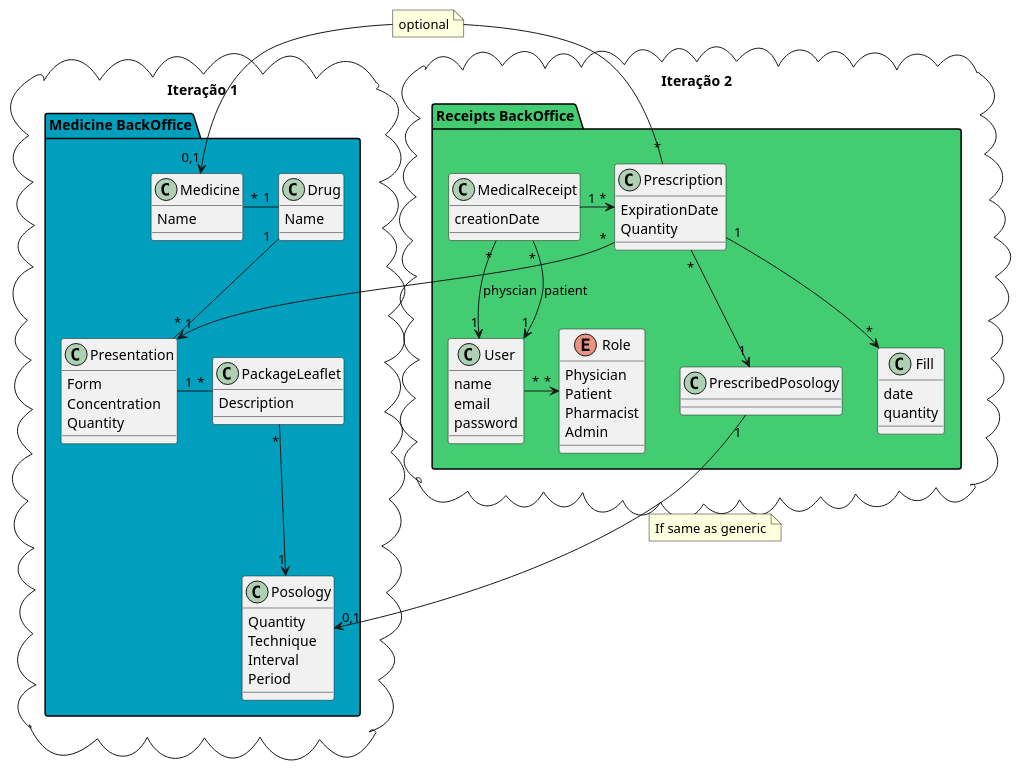
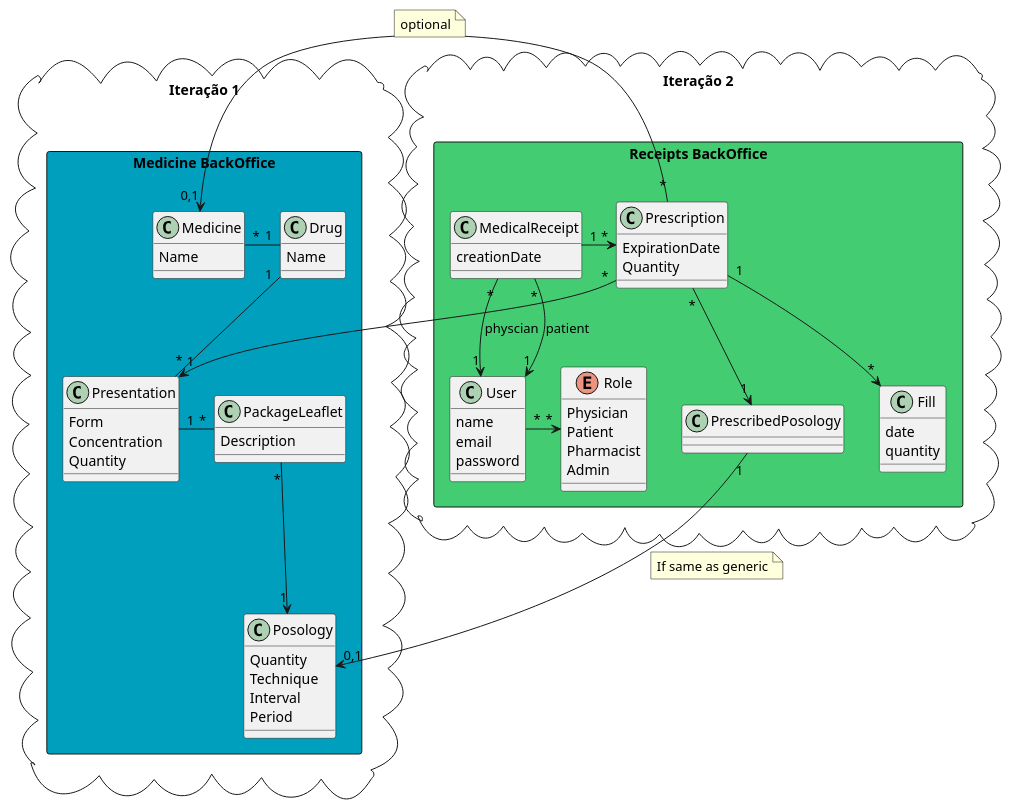
One commit to danieljfgoncalves/arqsi2017-3da-1151159-1151452 changed the diagram in documentation/it2_domain_model.puml. Above: the diagram before and after it, drawn with PlantUML. The commit also changed 24 other files, not shown here.

```diff
--- a/documentation/it2_domain_model.puml
+++ b/documentation/it2_domain_model.puml
@@ -1,80 +1,80 @@
 @startuml "dm_it2_global"
 
 ' ### [ITERAÇÃO 1] ###
-package "Iteração 1" <<cloud>> {
-    package "Medicine BackOffice" #009FBD {
+package "Iteração 1\n" <<cloud>> {
+    package "Medicine BackOffice"  <<rectangle>> #009FBD {
 
         class Medicine {
             Name
         }
         class Drug {
             Name
         }
         class Presentation {
             Form
             Concentration
             Quantity
         }
         class Posology {
             Quantity
             Technique
             Interval
             Period
         }
         class PackageLeaflet {
             Description
         }
     }
 }
 
 ' ### [ITERAÇÃO 2] ###
-package "Iteração 2" <<cloud>> {
-    package "Receipts BackOffice" #43CC72 {
+package "Iteração 2\n" <<cloud>> {
+    package "Receipts BackOffice" <<rectangle>> #43CC72 {
 
         class User {
             name
             email
             password
         }
         enum Role {
             Physician
             Patient
             Pharmacist
             Admin
         }
         class Prescription {
             ExpirationDate
             Quantity
         }
         class MedicalReceipt {
             creationDate
         }
         class PrescribedPosology
         class Fill {
             date
             quantity
         }
     }
 }
 
 ' ### [NOTES] ###
 
 ' ### [RELATIONS] ###
 MedicalReceipt "*" --> "1" User : physcian
 MedicalReceipt "*" --> "1" User : patient
 User "*" -> "*" Role
 MedicalReceipt "1" -> "*" Prescription
 Prescription "*" --> "1" Presentation
 Medicine "*" - "1" Drug
 Drug "1" -- "*" Presentation
 Prescription "*" -> "0,1" Medicine
 note on link: optional
 
 Prescription "1" --> "*" Fill
 Prescription "*" --> "1" PrescribedPosology
 Presentation "1" - "*" PackageLeaflet
 PackageLeaflet "*" --> "1" Posology
 PrescribedPosology "1" --> "0,1" Posology
 note on link : If same as generic
 
 @enduml
```
